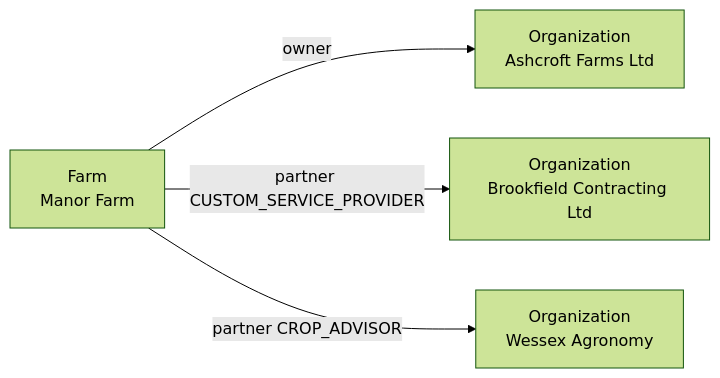
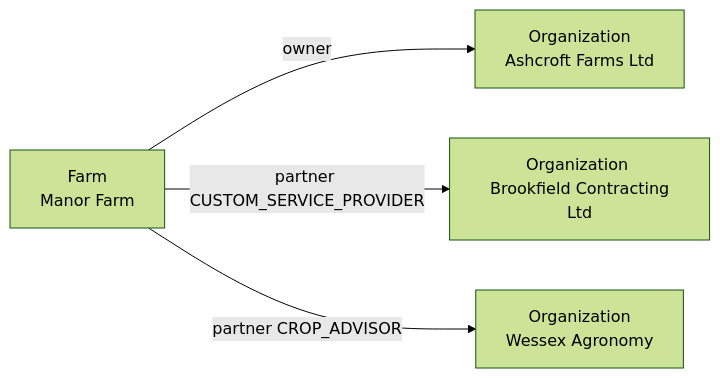
One commit to DKE-Data/masterdata-sync-working-group changed the fourth of 5 diagrams in architecture/08-party-model.md. Above: the diagram before and after it, drawn with Mermaid (forest theme). The commit also changed other lines of this file and 2 other files, not shown here.

Commit message:
Replace line endings in diagrams

````diff
--- a/architecture/08-party-model.md
+++ b/architecture/08-party-model.md
@@ -124,10 +116,6 @@
 ```mermaid
 flowchart LR
-    F["Farm
-Manor Farm"] -->|"owner"| O["Organization
-Ashcroft Farms Ltd"]
-    F -->|"partner CUSTOM_SERVICE_PROVIDER"| M["Organization
-Brookfield Contracting Ltd"]
-    F -->|"partner CROP_ADVISOR"| S["Organization
-Wessex Agronomy"]
+    F["Farm \n Manor Farm"] -->|"owner"| O["Organization \n Ashcroft Farms Ltd"]
+    F -->|"partner CUSTOM_SERVICE_PROVIDER"| M["Organization \n Brookfield Contracting Ltd"]
+    F -->|"partner CROP_ADVISOR"| S["Organization \n Wessex Agronomy"]
 ```
````
